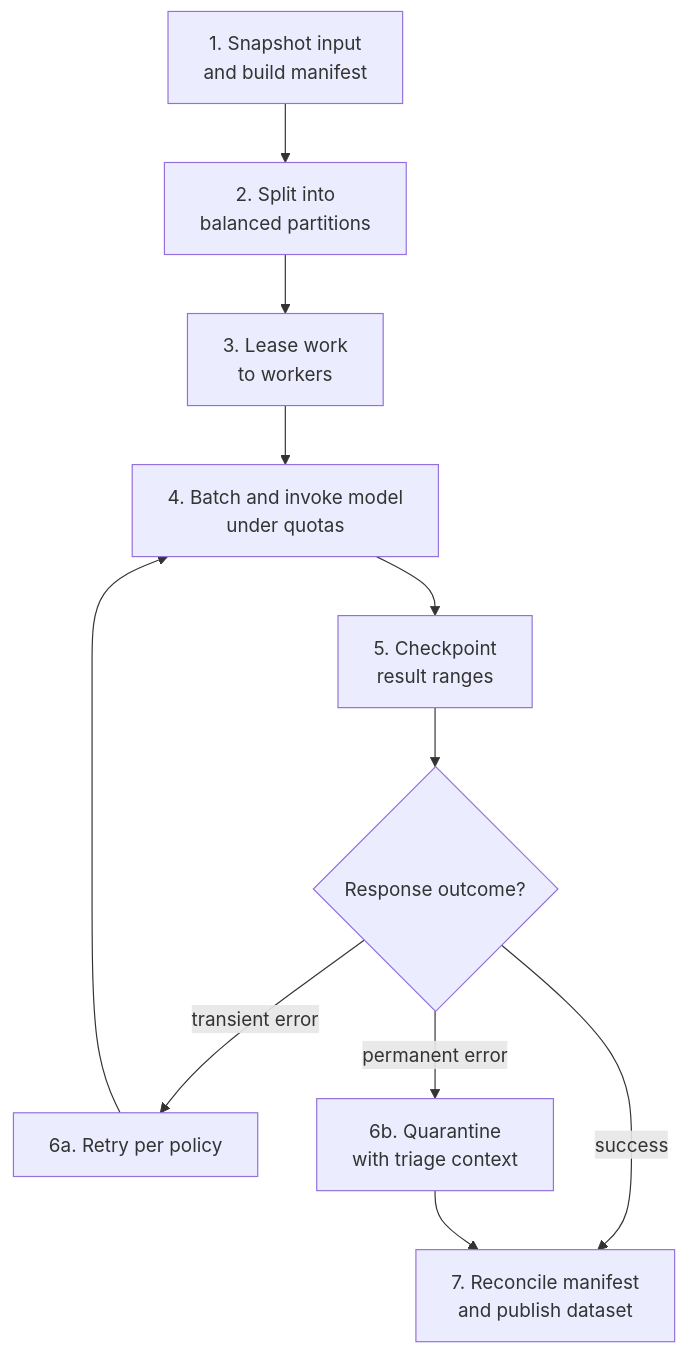
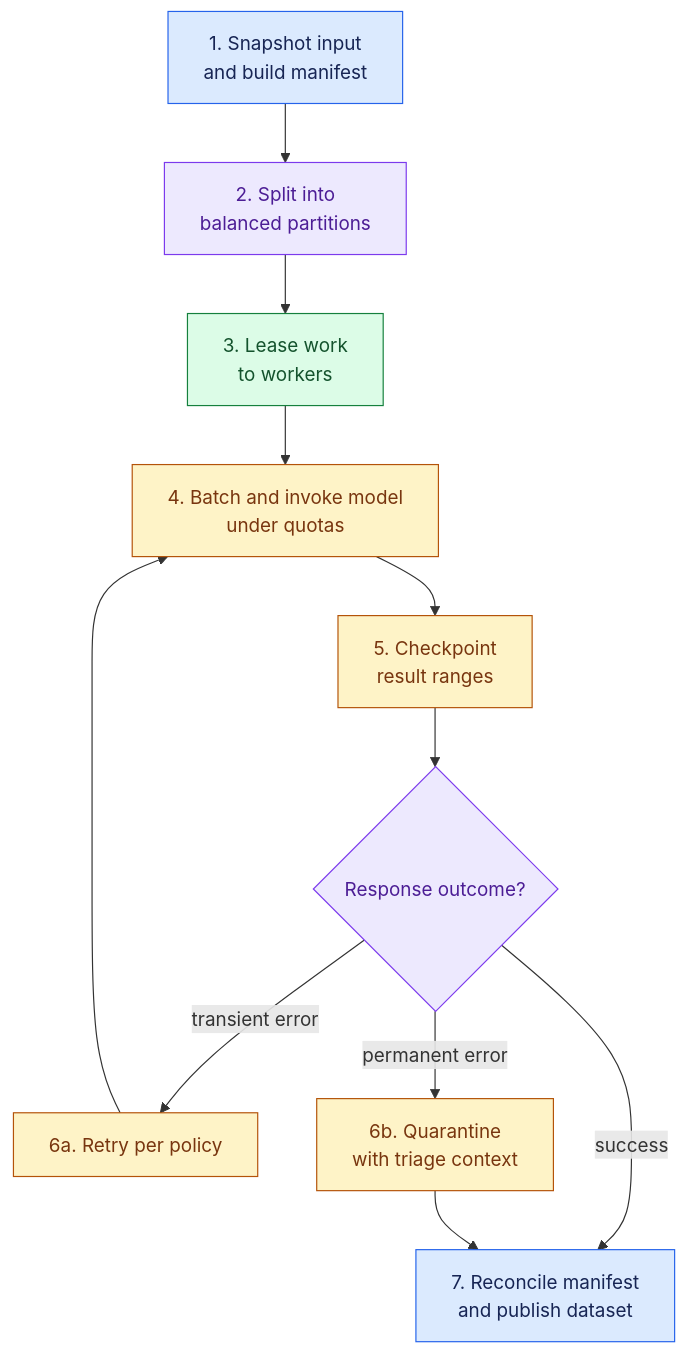
The fourth of 5 diagrams in site/content/modules/15-fde-case-studies/platforms-and-scale/high-volume-batch-pipeline/full-pack-part-2.md (Sourav692/Forward-Deployed-Engineer-Interview-Prep), drawn with Mermaid before and after one commit. The commit also changed other lines of this file and 1268 other files, not shown here.

First line of the commit message:
content: polish Casebook writing and Mermaid diagrams (#251)

````diff
--- a/site/content/modules/15-fde-case-studies/platforms-and-scale/high-volume-batch-pipeline/full-pack-part-2.md
+++ b/site/content/modules/15-fde-case-studies/platforms-and-scale/high-volume-batch-pipeline/full-pack-part-2.md
@@ -114,13 +170,23 @@
 ```mermaid
 flowchart TD
     A["1. Snapshot input\nand build manifest"] --> B["2. Split into\nbalanced partitions"]
     B --> C["3. Lease work\nto workers"]
     C --> D["4. Batch and invoke model\nunder quotas"]
     D --> E["5. Checkpoint\nresult ranges"]
     E --> F{"Response outcome?"}
     F -->|"transient error"| G["6a. Retry per policy"]
     G --> D
     F -->|"permanent error"| H["6b. Quarantine\nwith triage context"]
     F -->|"success"| I["7. Reconcile manifest\nand publish dataset"]
     H --> I
+
+    %% Casebook colours: entry, reasoning, results, controls, and stopped paths.
+    classDef cbInput fill:#dbeafe,stroke:#2563eb,color:#172554
+    class A,I cbInput
+    classDef cbReason fill:#ede9fe,stroke:#7c3aed,color:#4c1d95
+    class B,F cbReason
+    classDef cbAction fill:#dcfce7,stroke:#15803d,color:#14532d
+    class C cbAction
+    classDef cbPolicy fill:#fef3c7,stroke:#b45309,color:#78350f
+    class D,E,G,H cbPolicy
 ```
````
